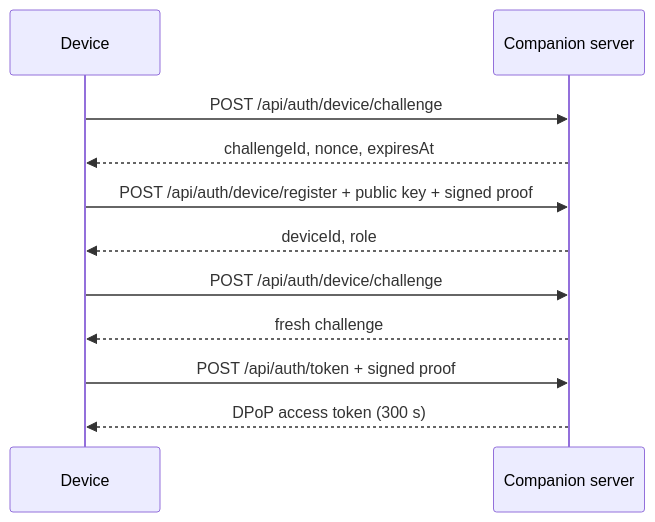
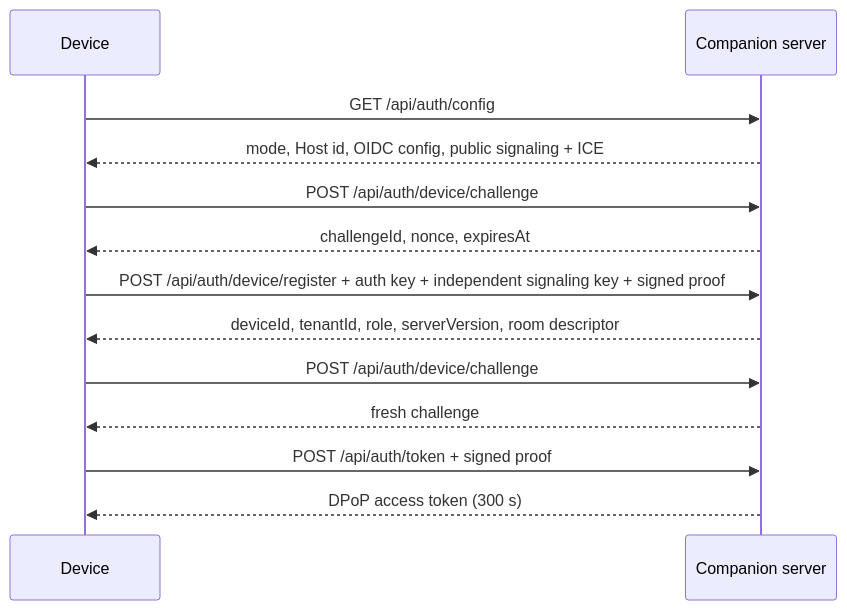
The diagram in docs/content/docs/en/subsystems/companion-api/server-and-auth.mdx (MaxQian888/cognia-next), drawn with Mermaid before and after one commit. The commit also changed other lines of this file and 101 other files, not shown here.

Commit message:
docs: synchronize architecture and subsystem references

````diff
--- a/docs/content/docs/en/subsystems/companion-api/server-and-auth.mdx
+++ b/docs/content/docs/en/subsystems/companion-api/server-and-auth.mdx
@@ -36,13 +36,15 @@
 ```mermaid
 sequenceDiagram
   participant D as Device
   participant C as Companion server
+  D->>C: GET /api/auth/config
+  C-->>D: mode, Host id, OIDC config, public signaling + ICE
   D->>C: POST /api/auth/device/challenge
   C-->>D: challengeId, nonce, expiresAt
-  D->>C: POST /api/auth/device/register + public key + signed proof
-  C-->>D: deviceId, role
+  D->>C: POST /api/auth/device/register + auth key + independent signaling key + signed proof
+  C-->>D: deviceId, tenantId, role, serverVersion, room descriptor
   D->>C: POST /api/auth/device/challenge
   C-->>D: fresh challenge
   D->>C: POST /api/auth/token + signed proof
   C-->>D: DPoP access token (300 s)
 ```
````
